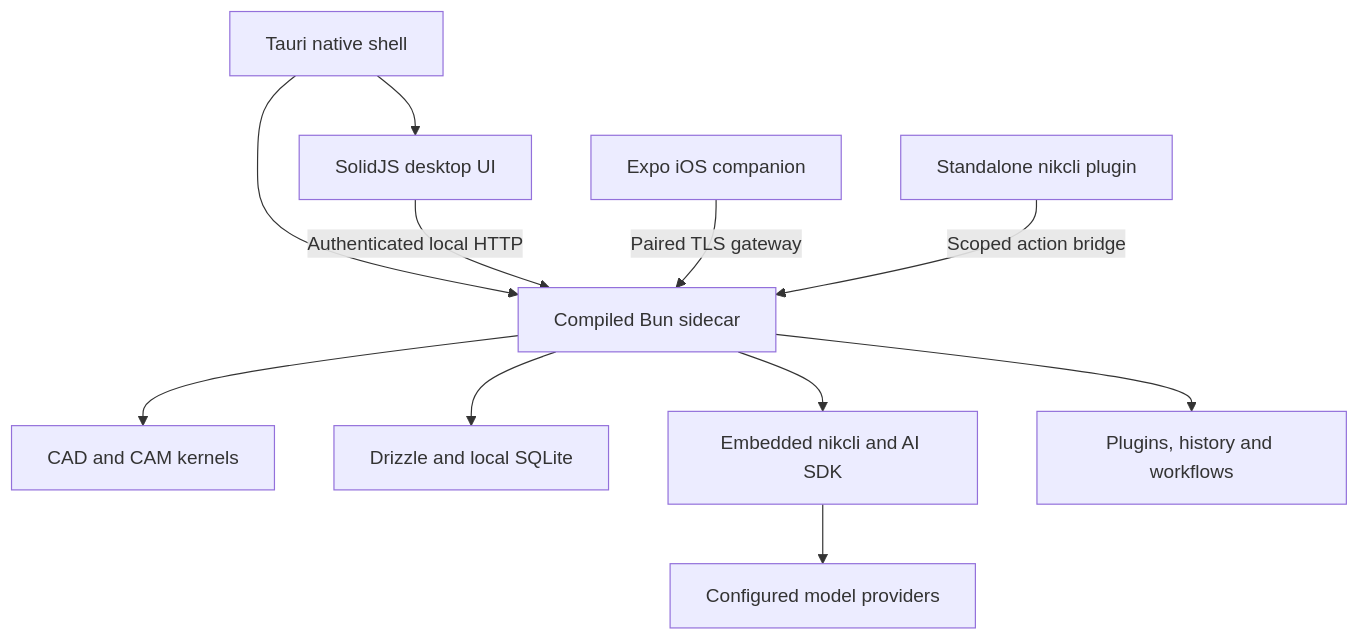
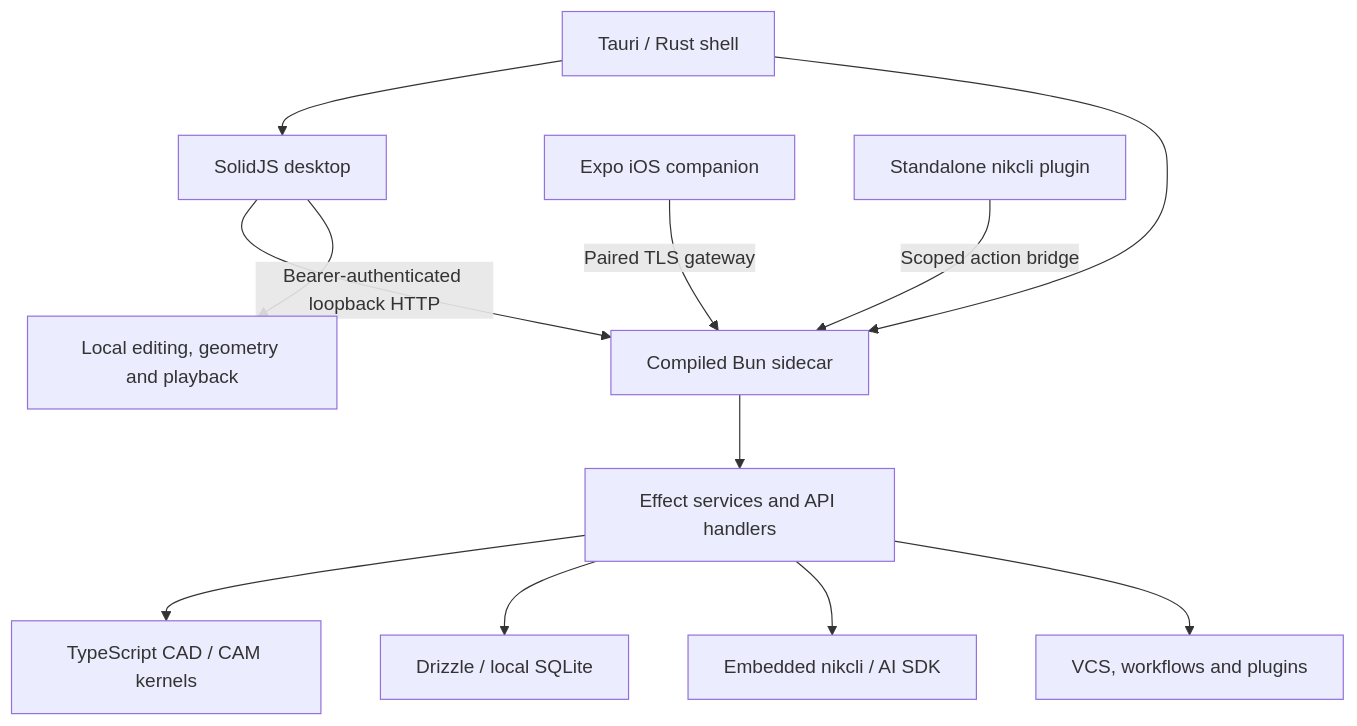
Before and after one commit to nikomatt69/cadcamfun: the diagram in README.md, drawn with Mermaid. The commit also changed other lines of this file, not shown here.

````diff
--- a/README.md
+++ b/README.md
@@ -114,13 +130,14 @@
 ```mermaid
 flowchart TB
-  Shell["Tauri native shell"] --> UI["SolidJS desktop UI"]
+  Shell["Tauri / Rust shell"] --> UI["SolidJS desktop"]
   Shell --> Sidecar["Compiled Bun sidecar"]
-  UI -->|"Authenticated local HTTP"| Sidecar
-  Companion["Expo iOS companion"] -->|"Paired TLS gateway"| Sidecar
-  External["Standalone nikcli plugin"] -->|"Scoped action bridge"| Sidecar
-  Sidecar --> Kernel["CAD and CAM kernels"]
-  Sidecar --> Data["Drizzle and local SQLite"]
-  Sidecar --> AI["Embedded nikcli and AI SDK"]
-  Sidecar --> Extensions["Plugins, history and workflows"]
-  AI --> Providers["Configured model providers"]
+  UI -->|"Bearer-authenticated loopback HTTP"| Sidecar
+  UI --> Local["Local editing, geometry and playback"]
+  Phone["Expo iOS companion"] -->|"Paired TLS gateway"| Sidecar
+  Plugin["Standalone nikcli plugin"] -->|"Scoped action bridge"| Sidecar
+  Sidecar --> API["Effect services and API handlers"]
+  API --> Core["TypeScript CAD / CAM kernels"]
+  API --> DB["Drizzle / local SQLite"]
+  API --> AI["Embedded nikcli / AI SDK"]
+  API --> History["VCS, workflows and plugins"]
 ```
````
